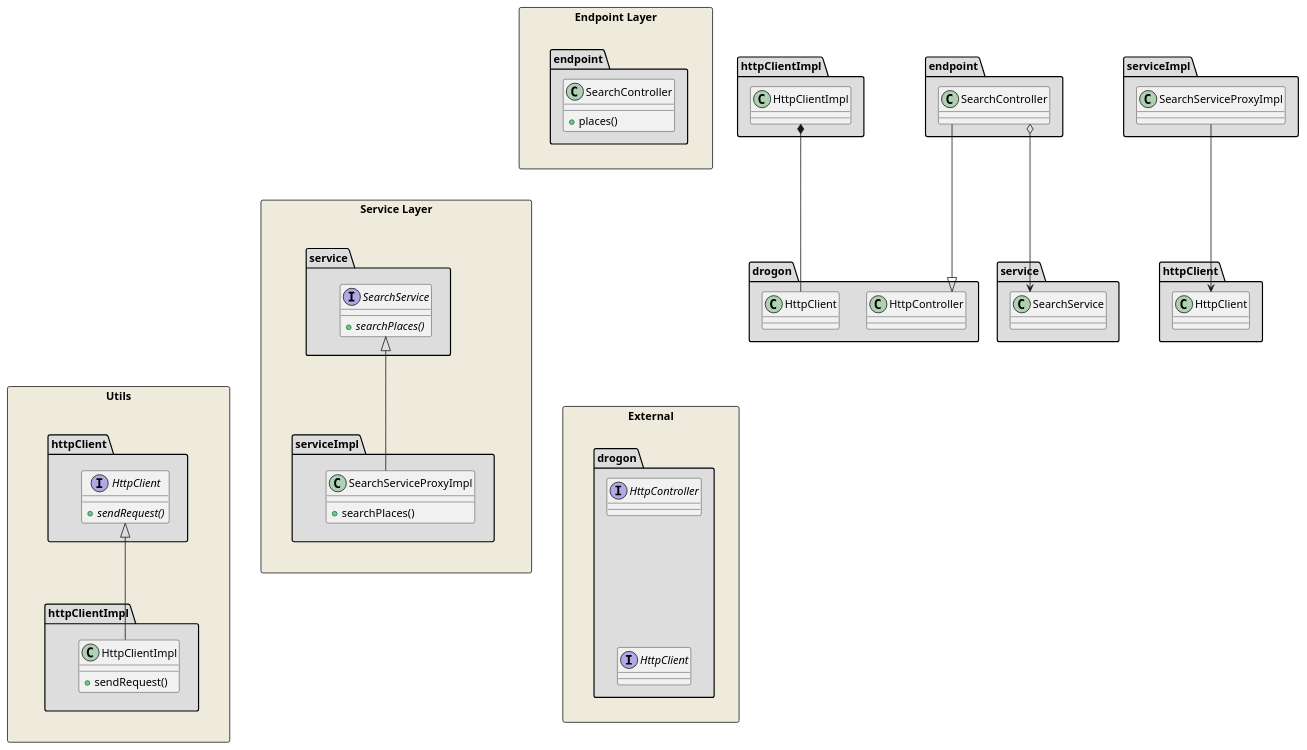
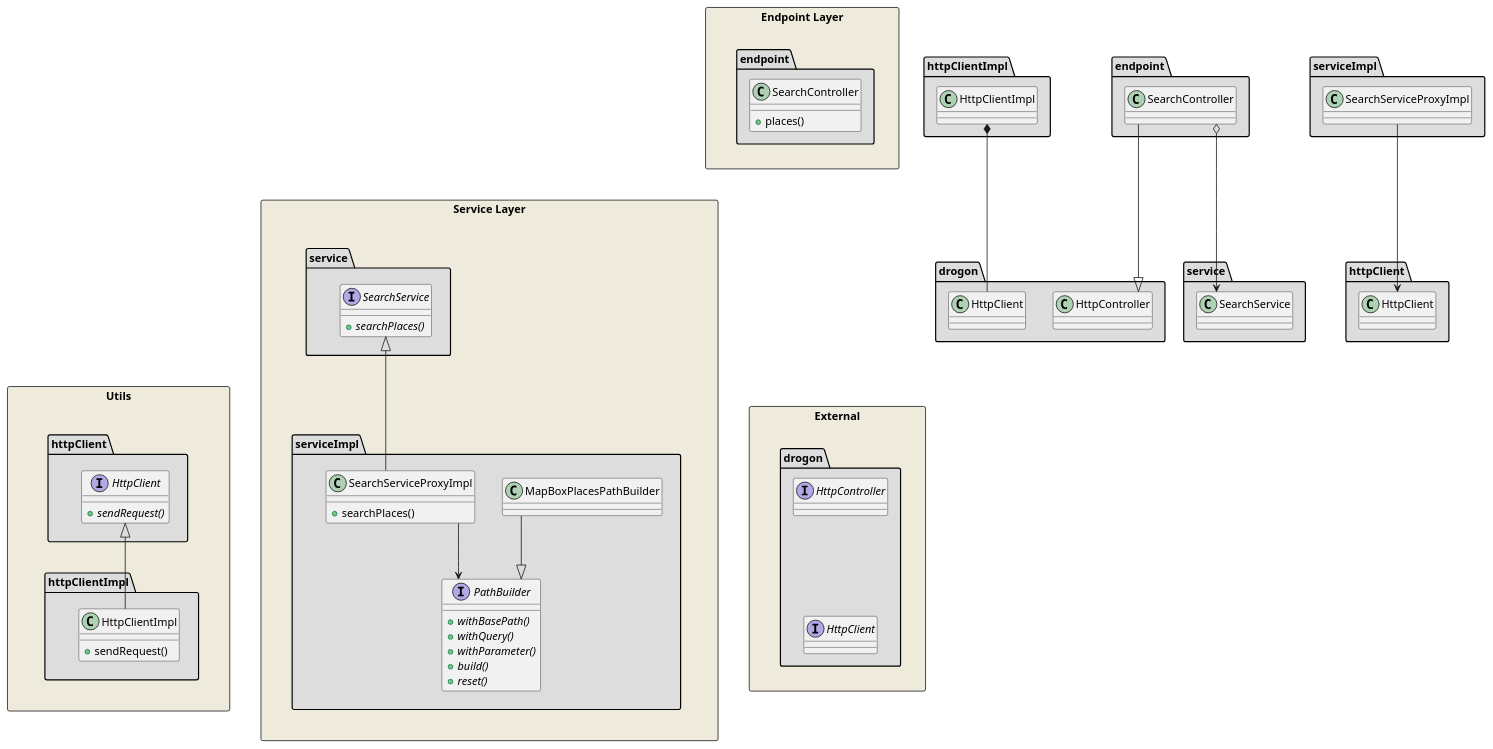
One commit to danimihalca/map_app_search_service changed the diagram in class_diagram.plantuml. Above: the diagram before and after it, drawn with PlantUML. The commit also changed 14 other files, not shown here.

Commit message:
Basic search places implementation

```diff
--- a/class_diagram.plantuml
+++ b/class_diagram.plantuml
@@ -1,98 +1,110 @@
 @startuml Class Diagram
 
 skinparam linetype ortho
 ' skinparam rectangle {
 '     BackgroundColor #DDDDDD
 ' }
 
 skinparam package {
     BackgroundColor #DDDDDD
 }
 
 ' set separator none
 
 rectangle "Endpoint Layer" as endpoint_layer #EEEBDC {
     namespace endpoint {
         class SearchController {
             +places()
         }
     }
 }
 
 rectangle "Service Layer" as service_layer #EEEBDC {
     ' Main service
     namespace service {
         interface SearchService {
             {abstract} +searchPlaces()
         }
     }
 
     namespace serviceImpl {
+        interface PathBuilder {
+            {abstract} +withBasePath()
+            {abstract} +withQuery()
+            {abstract} +withParameter()
+            {abstract} +build()
+            {abstract} +reset()
+        }
+        class MapBoxPlacesPathBuilder
+
         class SearchServiceProxyImpl {
             +searchPlaces()
         }
-    }
+
+        MapBoxPlacesPathBuilder --|> PathBuilder
+        SearchServiceProxyImpl --> PathBuilder
+   }
 
     ' Relations
     serviceImpl.SearchServiceProxyImpl --|> service.SearchService
 
     ' Alignment
     service -[hidden]down- serviceImpl
 
 
 
 }
 
 rectangle "Utils" as utils_layer #EEEBDC {
     ' HTTP Client
     namespace httpClient {
         interface HttpClient {
             {abstract} +sendRequest()
         }
 
 
     }
 
     namespace httpClientImpl {
         class HttpClientImpl {
             +sendRequest()
         }
 
     }
 
     ' Relations
     httpClientImpl.HttpClientImpl --|> httpClient.HttpClient
 
     ' Alignment
     httpClient -[hidden]down- httpClientImpl
 }
 
 
 ' External dependencies
 rectangle "External" as external_layer #EEEBDC{
     namespace drogon {
         interface HttpController
         interface HttpClient
 
         ' Alignment
         HttpController -[hidden]down- HttpClient
     }
 }
 
 
 ' Relations
 endpoint.SearchController --|> drogon.HttpController
 endpoint.SearchController o--> service.SearchService
 
 serviceImpl.SearchServiceProxyImpl --> httpClient.HttpClient
 
 httpClientImpl.HttpClientImpl *-- drogon.HttpClient
 
 
 ' Alignment
 endpoint_layer -[hidden]down- service_layer
 service_layer -[hidden]down- external_layer
 utils_layer -[hidden]right- external_layer
 
 
 @enduml
```
